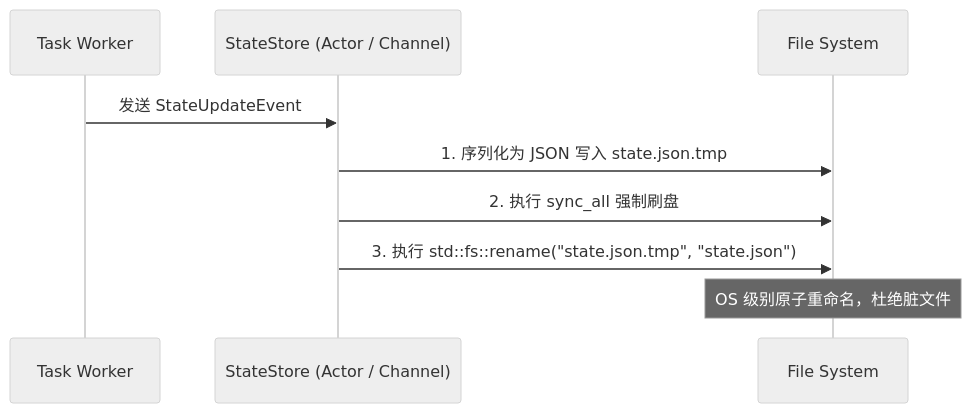
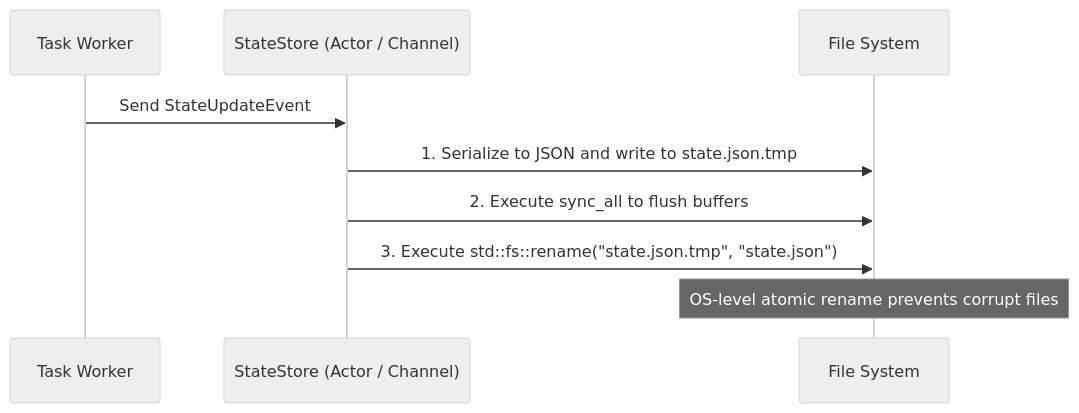
The second of 3 diagrams in docs/DESIGN.md (spritetong/rdns), drawn with Mermaid (neutral theme) before and after one commit. The commit also changed other lines of this file and 2 other files, not shown here.

````diff
--- a/docs/DESIGN.md
+++ b/docs/DESIGN.md
@@ -269,12 +272,12 @@
 ```mermaid
 sequenceDiagram
     participant Worker as Task Worker
     participant Store as StateStore (Actor / Channel)
     participant Disk as File System
     
-    Worker->>Store: 发送 StateUpdateEvent
-    Store->>Disk: 1. 序列化为 JSON 写入 state.json.tmp
-    Store->>Disk: 2. 执行 sync_all 强制刷盘
-    Store->>Disk: 3. 执行 std::fs::rename("state.json.tmp", "state.json")
-    Note over Disk: OS 级别原子重命名，杜绝脏文件
+    Worker->>Store: Send StateUpdateEvent
+    Store->>Disk: 1. Serialize to JSON and write to state.json.tmp
+    Store->>Disk: 2. Execute sync_all to flush buffers
+    Store->>Disk: 3. Execute std::fs::rename("state.json.tmp", "state.json")
+    Note over Disk: OS-level atomic rename prevents corrupt files
 ```
````
